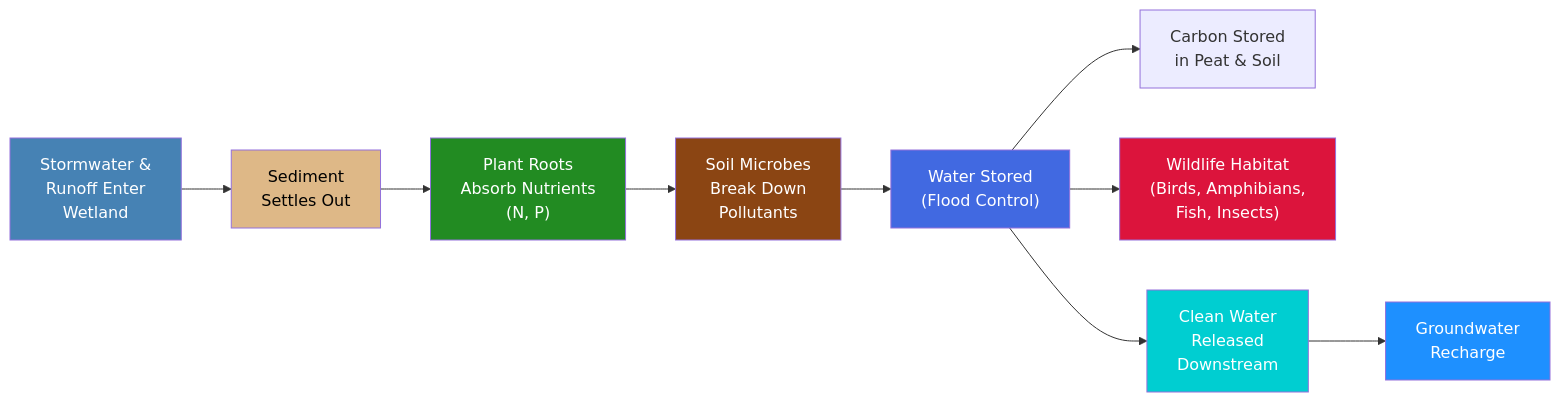
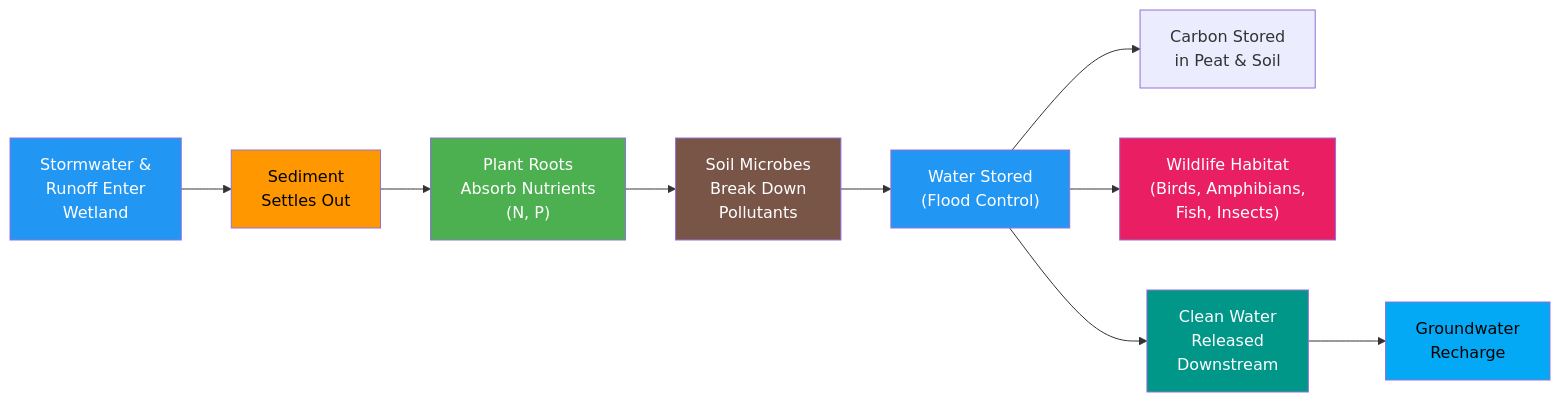
Before and after one commit to arunbatchu/minnesota-native-plants: the second of 2 diagrams in docs/chapters/05-wetland-shoreline-plants/index.md, drawn with Mermaid. The commit also changed other lines of this file and 10 other files, not shown here.

First line of the commit message:
Fix Mermaid diagram colors for accessibility — high contrast palette

````diff
--- a/docs/chapters/05-wetland-shoreline-plants/index.md
+++ b/docs/chapters/05-wetland-shoreline-plants/index.md
@@ -355,20 +355,20 @@
 ```mermaid
 flowchart LR
     A["Stormwater &<br/>Runoff Enter<br/>Wetland"] --> B["Sediment<br/>Settles Out"]
     B --> C["Plant Roots<br/>Absorb Nutrients<br/>(N, P)"]
     C --> D["Soil Microbes<br/>Break Down<br/>Pollutants"]
     D --> E["Water Stored<br/>(Flood Control)"]
     E --> F["Carbon Stored<br/>in Peat & Soil"]
     E --> G["Wildlife Habitat<br/>(Birds, Amphibians,<br/>Fish, Insects)"]
     E --> H["Clean Water<br/>Released<br/>Downstream"]
     H --> I["Groundwater<br/>Recharge"]
 
-    style A fill:#4682B4,color:#fff
-    style B fill:#DEB887,color:#000
-    style C fill:#228B22,color:#fff
-    style D fill:#8B4513,color:#fff
-    style E fill:#4169E1,color:#fff
-    style G fill:#DC143C,color:#fff
-    style H fill:#00CED1,color:#fff
-    style I fill:#1E90FF,color:#fff
+    style A fill:#2196F3,color:#fff
+    style B fill:#FF9800,color:#000
+    style C fill:#4CAF50,color:#fff
+    style D fill:#795548,color:#fff
+    style E fill:#2196F3,color:#fff
+    style G fill:#E91E63,color:#fff
+    style H fill:#009688,color:#fff
+    style I fill:#03A9F4,color:#000
 ```
````
